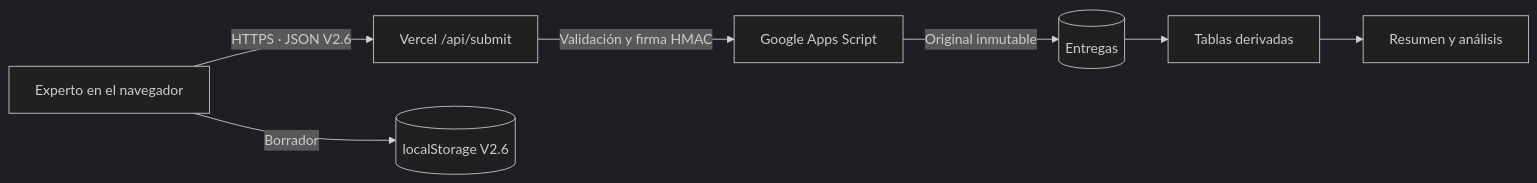
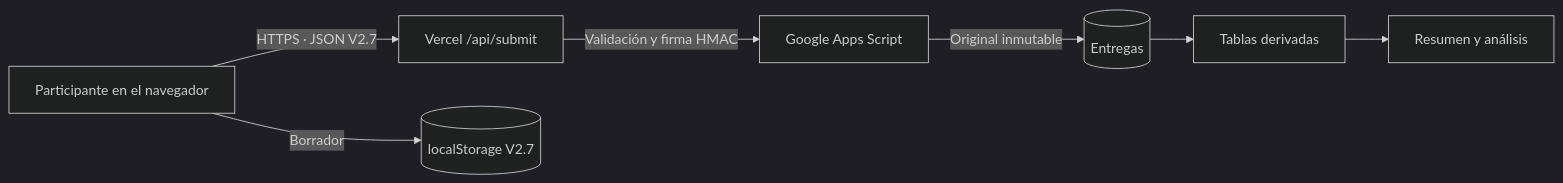
The diagram in docs/ARQUITECTURA-Y-OPERACION.md (goncazasa/diagnostico-startup), drawn with Mermaid (dark theme) before and after one commit. The commit also changed other lines of this file and 34 other files, not shown here.

````diff
--- a/docs/ARQUITECTURA-Y-OPERACION.md
+++ b/docs/ARQUITECTURA-Y-OPERACION.md
@@ -5,9 +5,9 @@
 ```mermaid
 flowchart LR
-    E[Experto en el navegador] -->|HTTPS · JSON V2.6| V[Vercel /api/submit]
+    E[Participante en el navegador] -->|HTTPS · JSON V2.7| V[Vercel /api/submit]
     V -->|Validación y firma HMAC| G[Google Apps Script]
     G -->|Original inmutable| A[(Entregas)]
     A --> R[Tablas derivadas]
     R --> S[Resumen y análisis]
-    E -->|Borrador| L[(localStorage V2.6)]
+    E -->|Borrador| L[(localStorage V2.7)]
 ```
````
